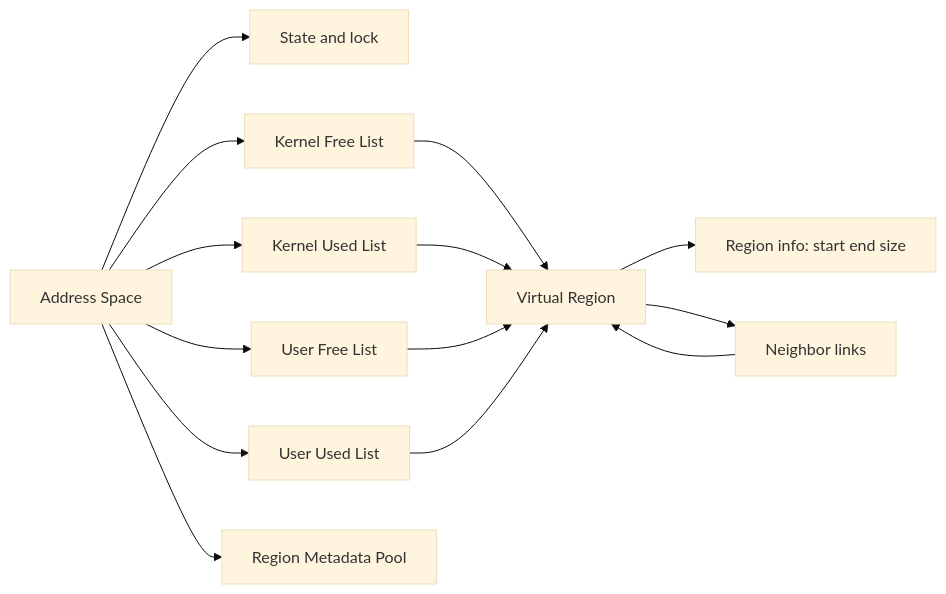
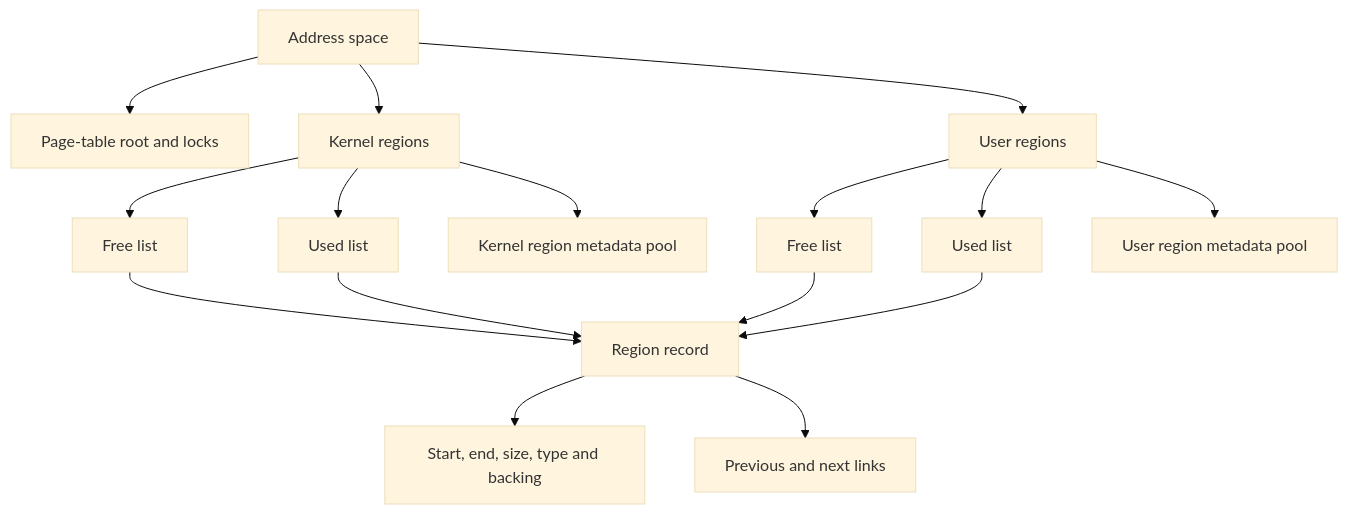
Before and after one commit to marwan475/Arx: the seventh of 11 diagrams in docs/DIAGRAMS.md, drawn with Mermaid (base theme). The commit also changed other lines of this file and 12 other files, not shown here.

Commit message:
update platform diagrams

````diff
--- a/docs/DIAGRAMS.md
+++ b/docs/DIAGRAMS.md
@@ -112,29 +143,20 @@
 ```mermaid
-flowchart LR
-    A[Address Space]
-    B[State and lock]
-    C[Kernel Free List]
-    D[Kernel Used List]
-    E[User Free List]
-    F[User Used List]
-    G[Region Metadata Pool]
-    H[Virtual Region]
-    I[Region info: start end size]
-    K[Neighbor links]
-
-    A --> B
-    A --> C
-    A --> D
-    A --> E
-    A --> F
-    A --> G
-
-    C --> H
-    D --> H
-    E --> H
-    F --> H
-
-    H --> I
-    H --> K
-    K --> H
+flowchart TB
+    accTitle: Virtual address-space state
+    accDescr: An address space holds page tables, locks, separate kernel and user region lists, and metadata pools.
+    A[Address space] --> S[Page-table root and locks]
+    A --> K[Kernel regions]
+    A --> U[User regions]
+    K --> KF[Free list]
+    K --> KU[Used list]
+    K --> KM[Kernel region metadata pool]
+    U --> UF[Free list]
+    U --> UU[Used list]
+    U --> UM[User region metadata pool]
+    KF --> R[Region record]
+    KU --> R
+    UF --> R
+    UU --> R
+    R --> I[Start, end, size, type and backing]
+    R --> L[Previous and next links]
 ```
````
